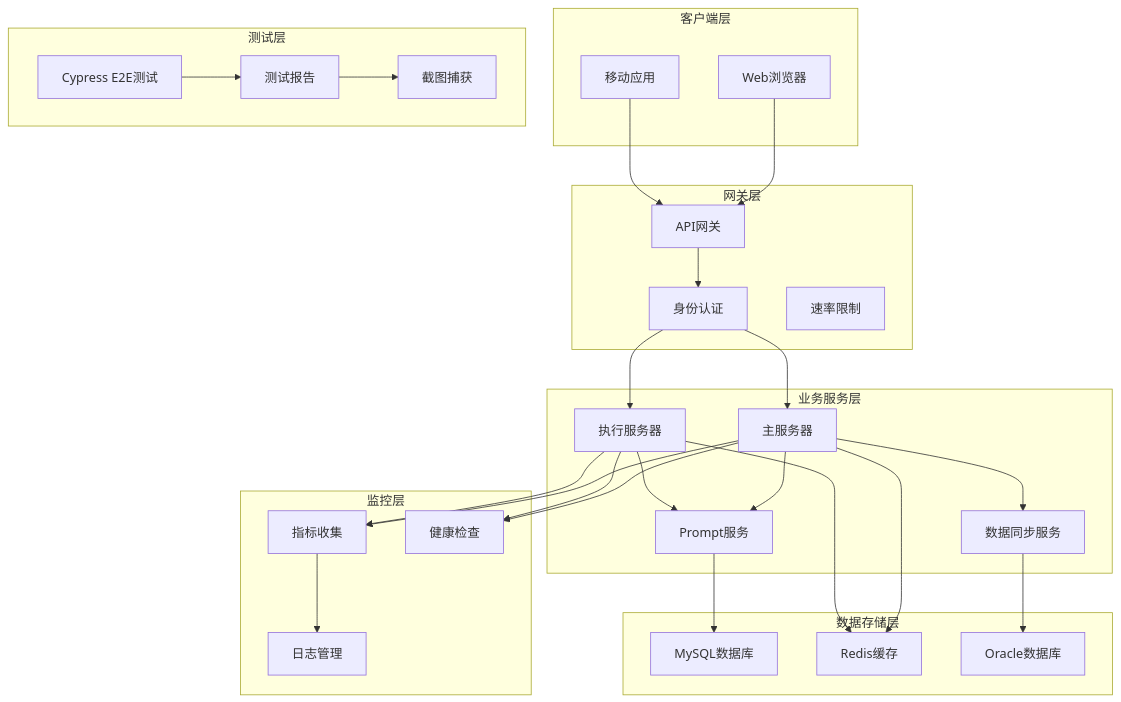
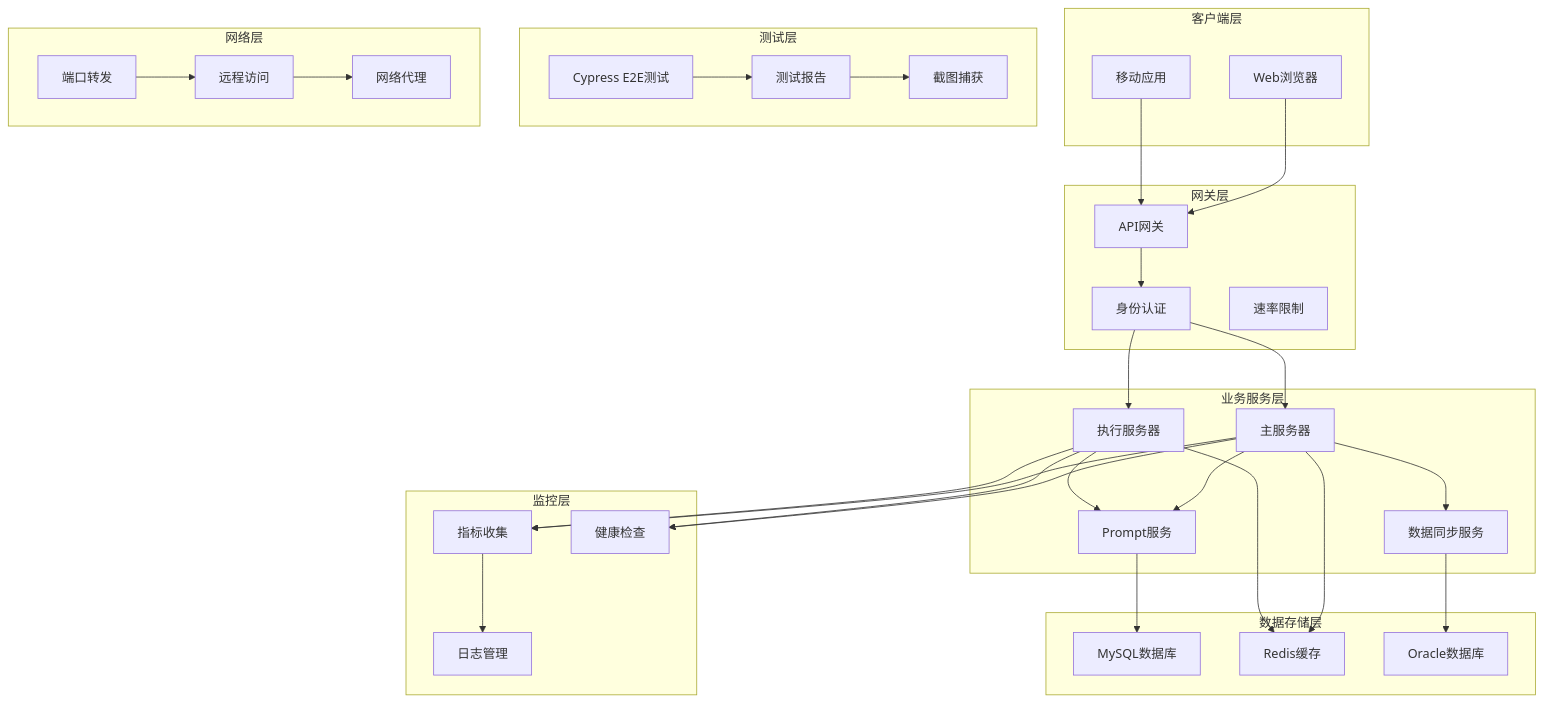
Before and after one commit to liuzh2008/med_ai_assistant_workspace: the fourth of 22 diagrams in .qoder/repowiki/zh/content/Development Environment Features/Development Environment Features.md, drawn with Mermaid. The commit also changed other lines of this file and 9 other files, not shown here.

````diff
--- a/.qoder/repowiki/zh/content/Development Environment Features/Development Environment Features.md
+++ b/.qoder/repowiki/zh/content/Development Environment Features/Development Environment Features.md
@@ -172,52 +179,59 @@
 ```mermaid
 graph TB
 subgraph "客户端层"
 WEB[Web浏览器]
 MOBILE[移动应用]
 end
 subgraph "网关层"
 API_GATEWAY[API网关]
 AUTHENTICATION[身份认证]
 RATE_LIMITING[速率限制]
 end
 subgraph "业务服务层"
 MAIN_SERVER[主服务器]
 EXECUTION_SERVER[执行服务器]
 PROMPT_SERVICE[Prompt服务]
 SYNC_SERVICE[数据同步服务]
 end
 subgraph "数据存储层"
 MYSQL[MySQL数据库]
 REDIS[Redis缓存]
 ORACLE[Oracle数据库]
 end
 subgraph "监控层"
 METRICS[指标收集]
 LOGGING[日志管理]
 HEALTH_CHECK[健康检查]
 end
 subgraph "测试层"
 CYPRESS_TESTS[Cypress E2E测试]
 TEST_REPORTS[测试报告]
 SCREENSHOT_CAPTURE[截图捕获]
 end
+subgraph "网络层"
+PORT_FORWARDING[端口转发]
+NETWORK_PROXY[网络代理]
+REMOTE_ACCESS[远程访问]
+end
 WEB --> API_GATEWAY
 MOBILE --> API_GATEWAY
 API_GATEWAY --> AUTHENTICATION
 AUTHENTICATION --> MAIN_SERVER
 AUTHENTICATION --> EXECUTION_SERVER
 MAIN_SERVER --> PROMPT_SERVICE
 MAIN_SERVER --> SYNC_SERVICE
 EXECUTION_SERVER --> PROMPT_SERVICE
 PROMPT_SERVICE --> MYSQL
 SYNC_SERVICE --> ORACLE
 MAIN_SERVER --> REDIS
 EXECUTION_SERVER --> REDIS
 MAIN_SERVER --> METRICS
 EXECUTION_SERVER --> METRICS
 METRICS --> LOGGING
 MAIN_SERVER --> HEALTH_CHECK
 EXECUTION_SERVER --> HEALTH_CHECK
 CYPRESS_TESTS --> TEST_REPORTS
 TEST_REPORTS --> SCREENSHOT_CAPTURE
+PORT_FORWARDING --> REMOTE_ACCESS
+REMOTE_ACCESS --> NETWORK_PROXY
 ```
````
